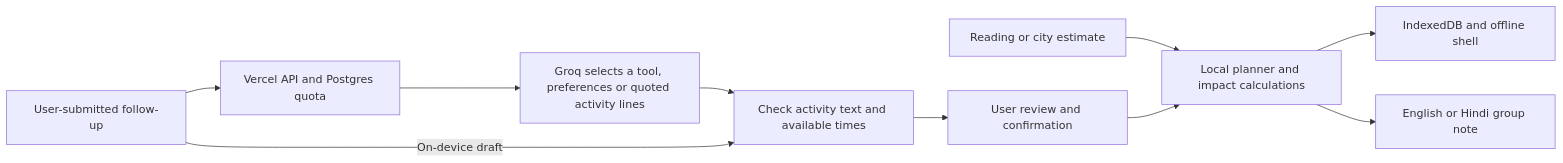
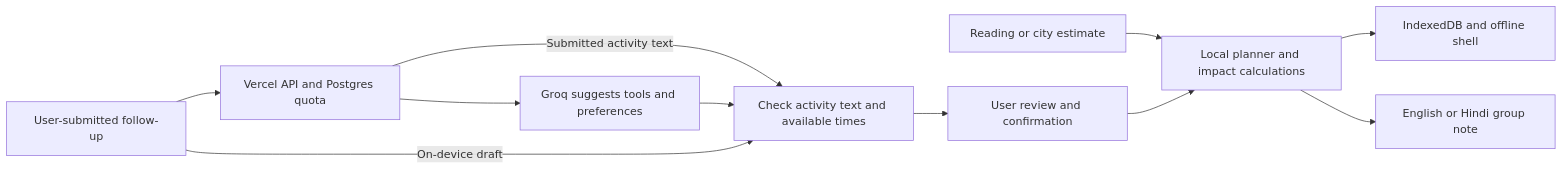
Before and after one commit to NoorRattan/AirDaybook: the diagram in README.md, drawn with Mermaid. The commit also changed other lines of this file and 12 other files, not shown here.

Commit message:
Ground routine drafts in submitted text and harden release checks

````diff
--- a/README.md
+++ b/README.md
@@ -27,12 +27,13 @@
 ```mermaid
 flowchart LR
     Reading[Reading or city estimate] --> Planner[Local planner and impact calculations]
     Planner --> Draft[IndexedDB and offline shell]
     Planner --> Note[English or Hindi group note]
     Text[User-submitted follow-up] --> Quota[Vercel API and Postgres quota]
-    Quota --> Groq[Groq selects a tool, preferences or quoted activity lines]
+    Quota --> Groq[Groq suggests tools and preferences]
+    Quota -->|Submitted activity text| Validate
     Groq --> Validate[Check activity text and available times]
     Text -->|On-device draft| Validate
     Validate --> Review[User review and confirmation]
     Review --> Planner
 ```
````
